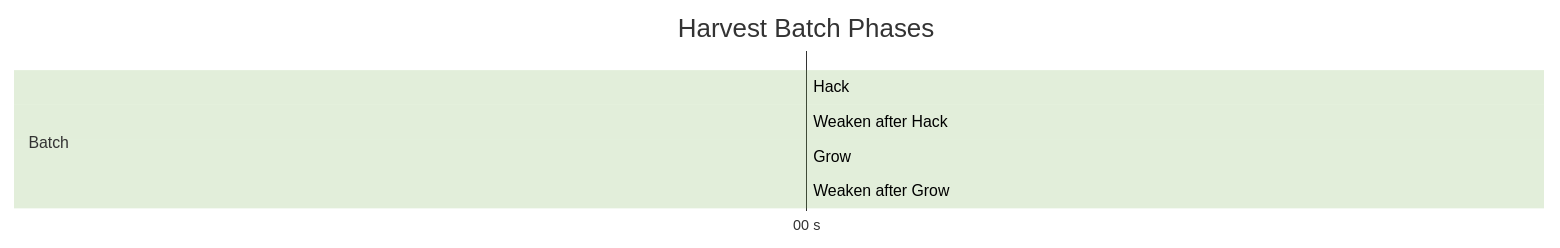
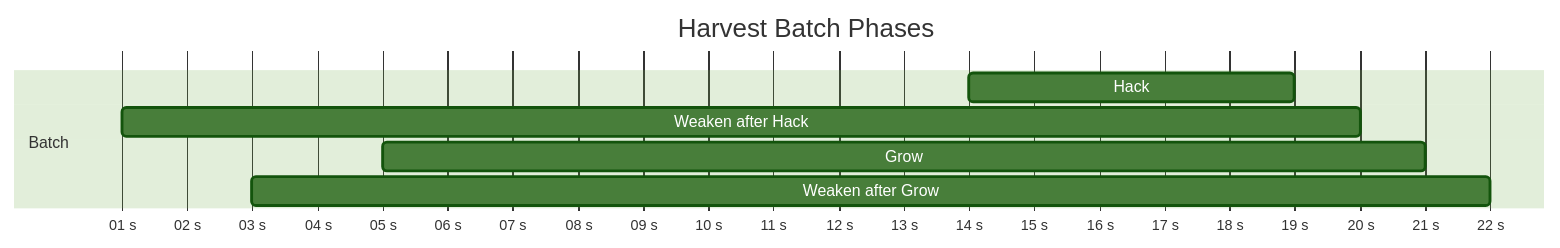
One commit to RadicalZephyr/bitburner-scripts changed the diagram in docs/harvest-timing-diagram.md. Above: the diagram before and after it, drawn with Mermaid (forest theme).

Commit message:
[docs] Improve the Gantt chart for harvest timing
Make it actually syntactically and semantically correct.

````diff
--- a/docs/harvest-timing-diagram.md
+++ b/docs/harvest-timing-diagram.md
@@ -5,12 +5,12 @@
 ```mermaid
 gantt
 title Harvest Batch Phases
-dateFormat ms
+dateFormat s
 axisFormat %S s
 
 section Batch
-Hack                 :hack, 0, HACK_TIME
-Weaken after Hack    :w1, 0, WEAKEN_TIME
-Grow                 :grow, after hack, GROW_TIME
-Weaken after Grow    :w2, after grow, WEAKEN_TIME
+Hack                 :hack, 14, 19
+Weaken after Hack    :w1, 1, 20
+Grow                 :grow, 5, 21
+Weaken after Grow    :w2, 3, 22
 ```
````
